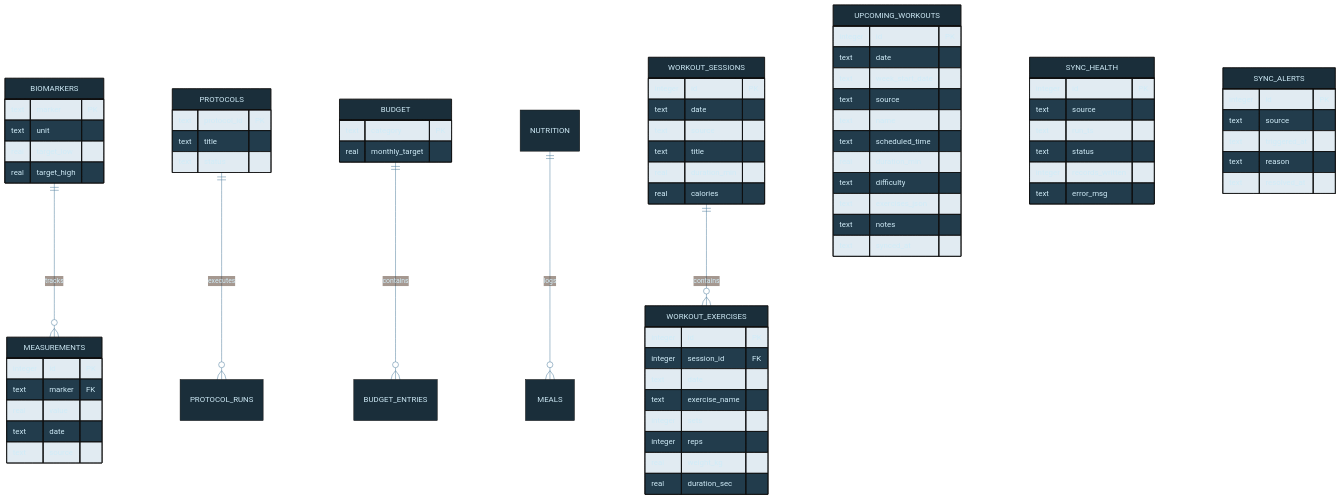
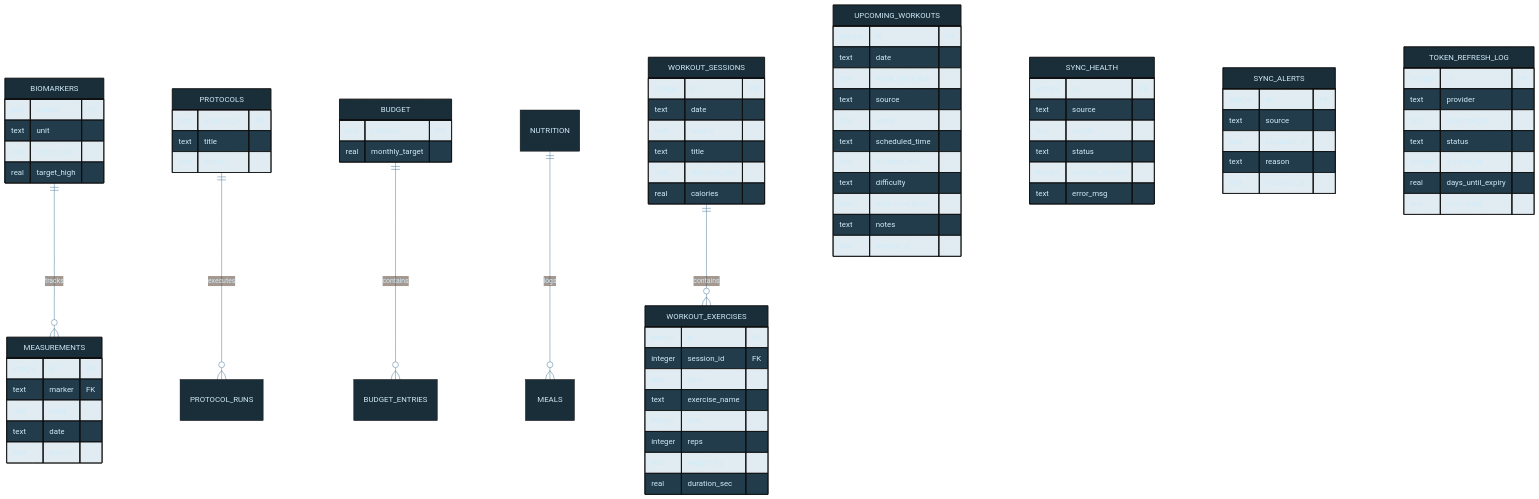
One commit to tylerdrakemusic/-Workspace changed the diagram in diagrams/life-db-schema.mmd. Above: the diagram before and after it, drawn with Mermaid. The commit also changed 2 other files, not shown here.

Commit message:
docs(diagrams): arch reviewer updates for withings-token-auto-refresh + todo-priority-auto-rescorer
- life-architecture.mmd: add WithingsWatcher + WithingsRefresh + Scheduler nodes (FR-20260524-withings-token-auto-refresh)
- life-db-schema.mmd: add TOKEN_REFRESH_LOG entity (FR-20260524-withings-token-auto-refresh)
- manifest-architecture.mmd: add RescorerTool + PriorityScorer + RescorerLog nodes (FR-20260524-todo-priority-auto-rescorer)

```diff
--- a/diagrams/life-db-schema.mmd
+++ b/diagrams/life-db-schema.mmd
@@ -1,81 +1,90 @@
 %%{init: {'theme': 'base', 'themeVariables': {'primaryColor': '#1a2e3a', 'primaryTextColor': '#d0ecf8', 'edgeLabelBackground': '#0f1318', 'lineColor': '#4a7a9a'}}}%%
 erDiagram
     BIOMARKERS ||--o{ MEASUREMENTS : tracks
     PROTOCOLS ||--o{ PROTOCOL_RUNS : executes
     BUDGET ||--o{ BUDGET_ENTRIES : contains
     NUTRITION ||--o{ MEALS : logs
     WORKOUT_SESSIONS ||--o{ WORKOUT_EXERCISES : contains
 
     BIOMARKERS {
         text marker PK
         text unit
         real target_low
         real target_high
     }
     MEASUREMENTS {
         integer id PK
         text marker FK
         real value
         text date
         text source
     }
     PROTOCOLS {
         text protocol_id PK
         text title
         text status
     }
     BUDGET {
         text category PK
         real monthly_target
     }
     WORKOUT_SESSIONS {
         integer id PK
         text date
         text source
         text title
         real duration_min
         real calories
     }
     WORKOUT_EXERCISES {
         integer id PK
         integer session_id FK
         text date
         text exercise_name
         integer sets
         integer reps
         real weight_kg
         real duration_sec
     }
     UPCOMING_WORKOUTS {
         integer id PK
         text date
         text week_start_date
         text source
         text name
         text scheduled_time
         real duration_min
         text difficulty
         text exercises_json
         text notes
         text synced_at
     }
 
     %% Constraints: UNIQUE(date, source, name)
     %% Index: (date, week_start_date)
 
     %% --- Monitoring ---
     SYNC_HEALTH {
         integer id PK
         text source
         text run_ts
         text status
         integer records_written
         text error_msg
     }
     SYNC_ALERTS {
         integer id PK
         text source
         text triggered_at
         text reason
         text resolved_at
     }
+    TOKEN_REFRESH_LOG {
+        integer id PK
+        text provider
+        text triggered_at
+        text status
+        integer expires_at
+        real days_until_expiry
+        text error_msg
+    }
```
